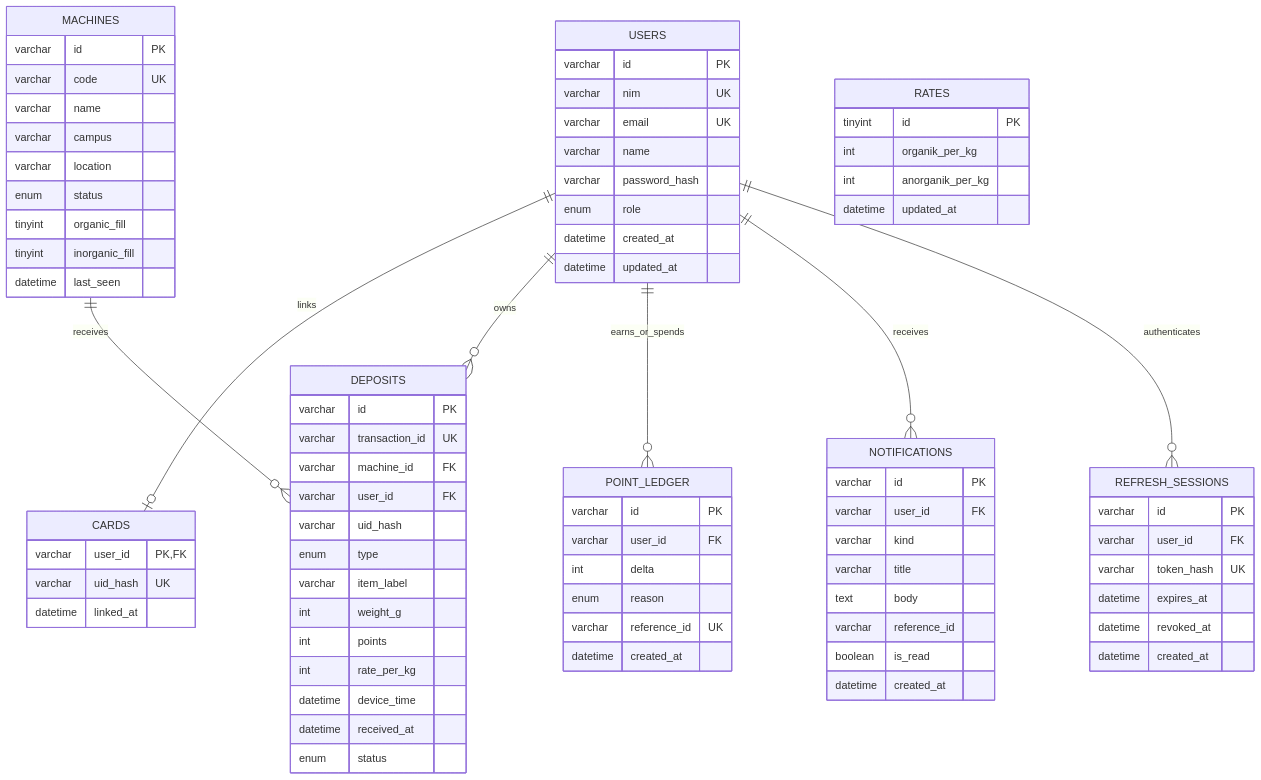
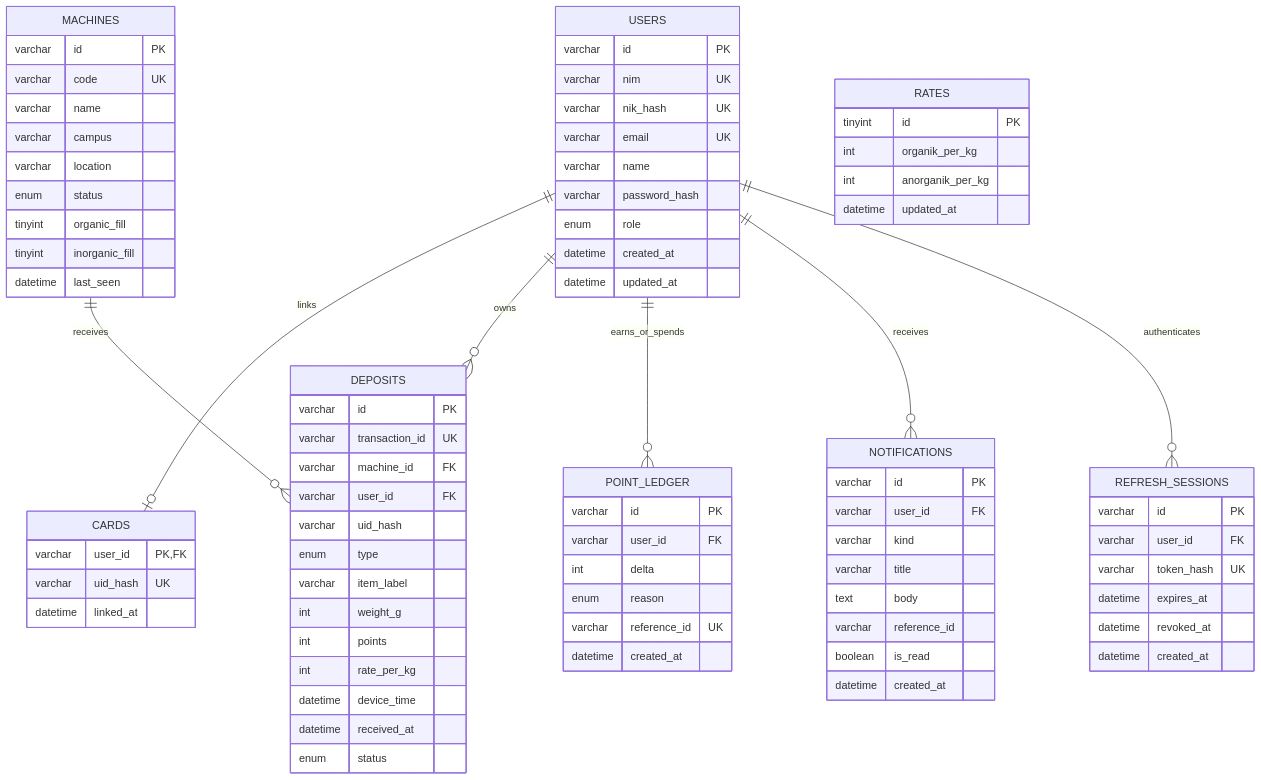
The diagram in backend/docs/erd.mmd (ramadhanjp2/smartbin), drawn with Mermaid before and after one commit. The commit also changed 39 other files, not shown here.

```diff
--- a/backend/docs/erd.mmd
+++ b/backend/docs/erd.mmd
@@ -1,80 +1,81 @@
 erDiagram
     USERS ||--o| CARDS : links
     USERS ||--o{ DEPOSITS : owns
     MACHINES ||--o{ DEPOSITS : receives
     USERS ||--o{ POINT_LEDGER : earns_or_spends
     USERS ||--o{ NOTIFICATIONS : receives
     USERS ||--o{ REFRESH_SESSIONS : authenticates
     RATES {
         tinyint id PK
         int organik_per_kg
         int anorganik_per_kg
         datetime updated_at
     }
     USERS {
         varchar id PK
         varchar nim UK
+        varchar nik_hash UK
         varchar email UK
         varchar name
         varchar password_hash
         enum role
         datetime created_at
         datetime updated_at
     }
     CARDS {
         varchar user_id PK, FK
         varchar uid_hash UK
         datetime linked_at
     }
     MACHINES {
         varchar id PK
         varchar code UK
         varchar name
         varchar campus
         varchar location
         enum status
         tinyint organic_fill
         tinyint inorganic_fill
         datetime last_seen
     }
     DEPOSITS {
         varchar id PK
         varchar transaction_id UK
         varchar machine_id FK
         varchar user_id FK
         varchar uid_hash
         enum type
         varchar item_label
         int weight_g
         int points
         int rate_per_kg
         datetime device_time
         datetime received_at
         enum status
     }
     POINT_LEDGER {
         varchar id PK
         varchar user_id FK
         int delta
         enum reason
         varchar reference_id UK
         datetime created_at
     }
     NOTIFICATIONS {
         varchar id PK
         varchar user_id FK
         varchar kind
         varchar title
         text body
         varchar reference_id
         boolean is_read
         datetime created_at
     }
     REFRESH_SESSIONS {
         varchar id PK
         varchar user_id FK
         varchar token_hash UK
         datetime expires_at
         datetime revoked_at
         datetime created_at
     }
```
